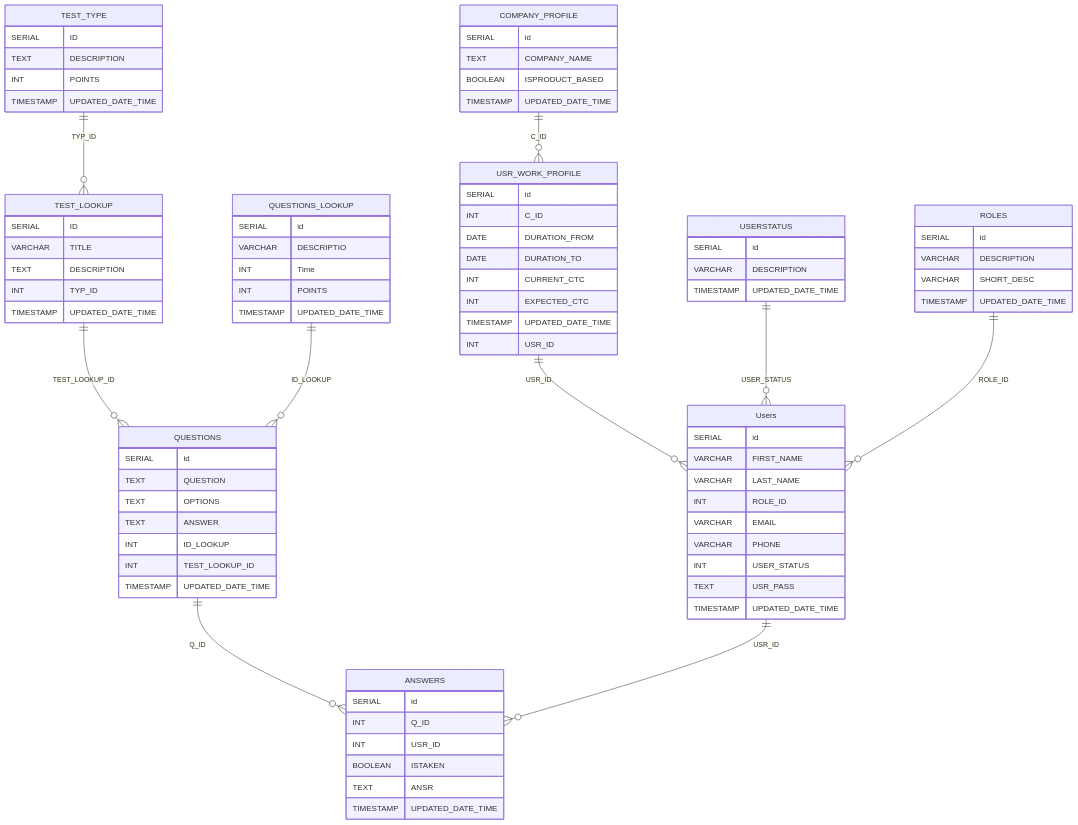
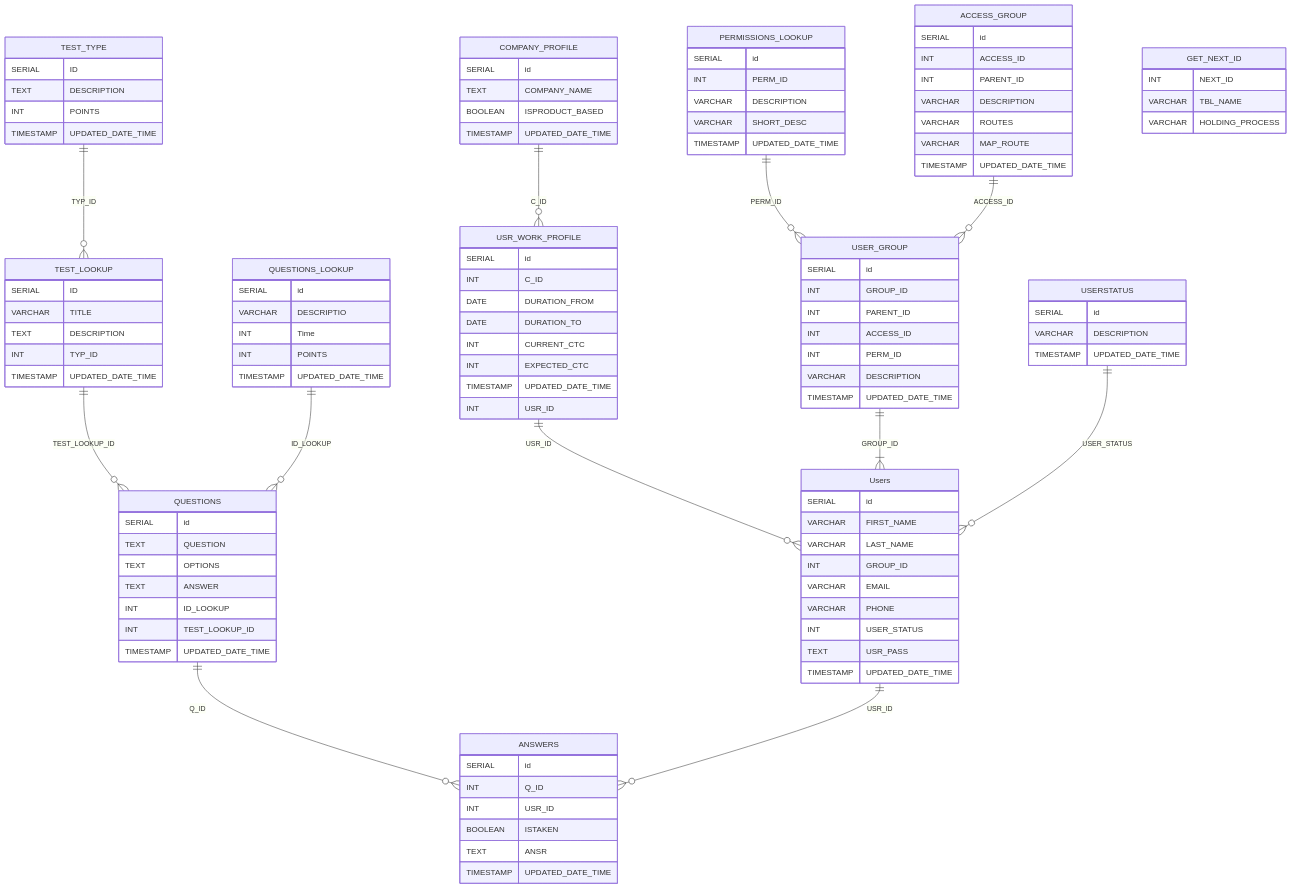
Before and after one commit to red2n/home: the second of 3 diagrams in README.md, drawn with Mermaid.

````diff
--- a/README.md
+++ b/README.md
@@ -158,6 +158,34 @@
     TIMESTAMP UPDATED_DATE_TIME
 }
 
+PERMISSIONS_LOOKUP ||--o{ USER_GROUP : PERM_ID
+PERMISSIONS_LOOKUP{
+    SERIAL id
+    INT PERM_ID 
+    VARCHAR DESCRIPTION 
+    VARCHAR SHORT_DESC
+    TIMESTAMP UPDATED_DATE_TIME
+}
+ACCESS_GROUP ||--o{ USER_GROUP : ACCESS_ID
+ACCESS_GROUP{
+    SERIAL id
+    INT ACCESS_ID
+    INT PARENT_ID
+    VARCHAR DESCRIPTION
+    VARCHAR ROUTES
+    VARCHAR MAP_ROUTE
+    TIMESTAMP UPDATED_DATE_TIME
+}
+USER_GROUP ||--|{ Users : GROUP_ID
+USER_GROUP{
+    SERIAL id
+    INT GROUP_ID
+    INT PARENT_ID
+    INT ACCESS_ID
+    INT PERM_ID
+    VARCHAR DESCRIPTION
+    TIMESTAMP UPDATED_DATE_TIME
+}
 
 USERSTATUS ||--o{ Users : USER_STATUS
 USERSTATUS{
@@ -165,12 +193,10 @@
     VARCHAR DESCRIPTION 
     TIMESTAMP UPDATED_DATE_TIME
 }
-ROLES ||--o{ Users : ROLE_ID
-    ROLES{ 
-    SERIAL id
-    VARCHAR DESCRIPTION
-    VARCHAR SHORT_DESC
-    TIMESTAMP UPDATED_DATE_TIME
+GET_NEXT_ID{
+    INT NEXT_ID
+    VARCHAR TBL_NAME
+    VARCHAR HOLDING_PROCESS
 }
 
 Users ||--o{ ANSWERS : USR_ID
@@ -178,7 +204,7 @@
     SERIAL id
     VARCHAR FIRST_NAME
     VARCHAR LAST_NAME
-    INT ROLE_ID
+    INT GROUP_ID
     VARCHAR EMAIL
     VARCHAR PHONE
     INT USER_STATUS
@@ -195,5 +221,4 @@
     TIMESTAMP UPDATED_DATE_TIME
 }
 
-
 ```
````
